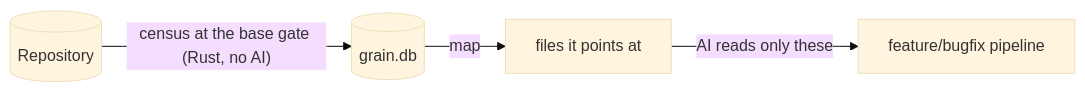
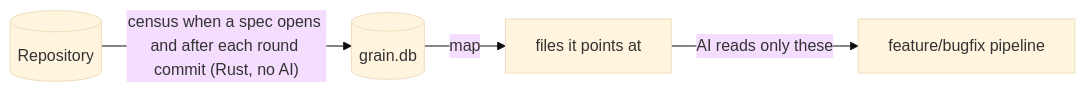
One commit to rubensrpj/mustard changed the first of 2 diagrams in README.en.md. Above: the diagram before and after it, drawn with Mermaid (base theme). The commit also changed other lines of this file and 9 other files, not shown here.

````diff
--- a/README.en.md
+++ b/README.en.md
@@ -17,6 +17,6 @@
 ```mermaid
 flowchart LR
-    repo[("Repository")] -->|"census at the base gate (Rust, no AI)"| model[("grain.db")]
+    repo[("Repository")] -->|"census when a spec opens and after each round commit (Rust, no AI)"| model[("grain.db")]
     model -->|map| anchors["files it points at"]
     anchors -->|"AI reads only these"| work["feature/bugfix pipeline"]
 ```
````
